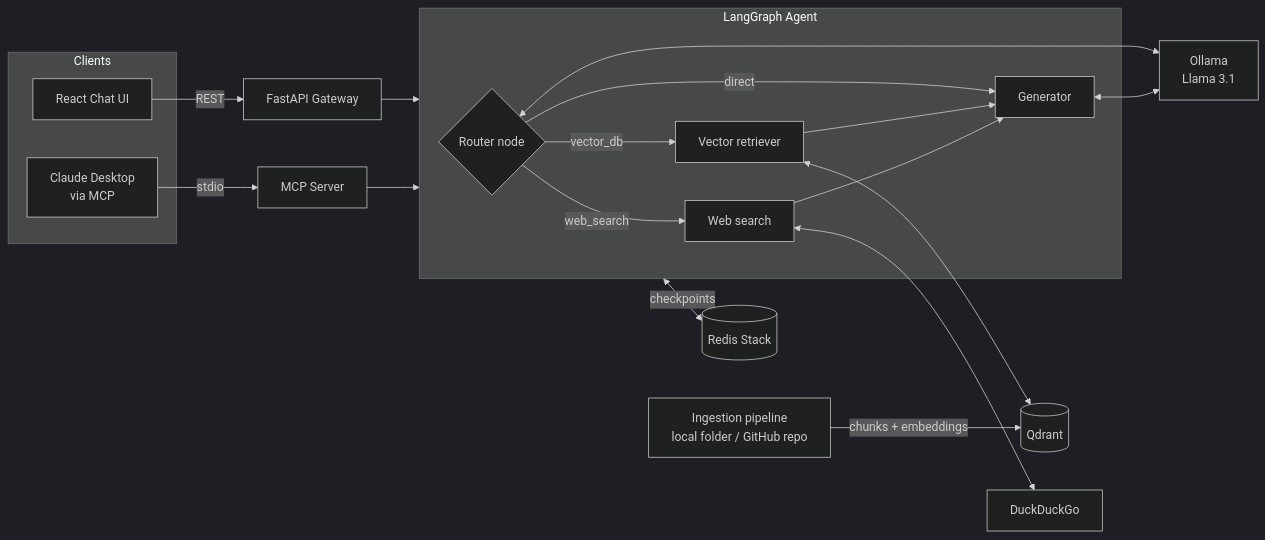
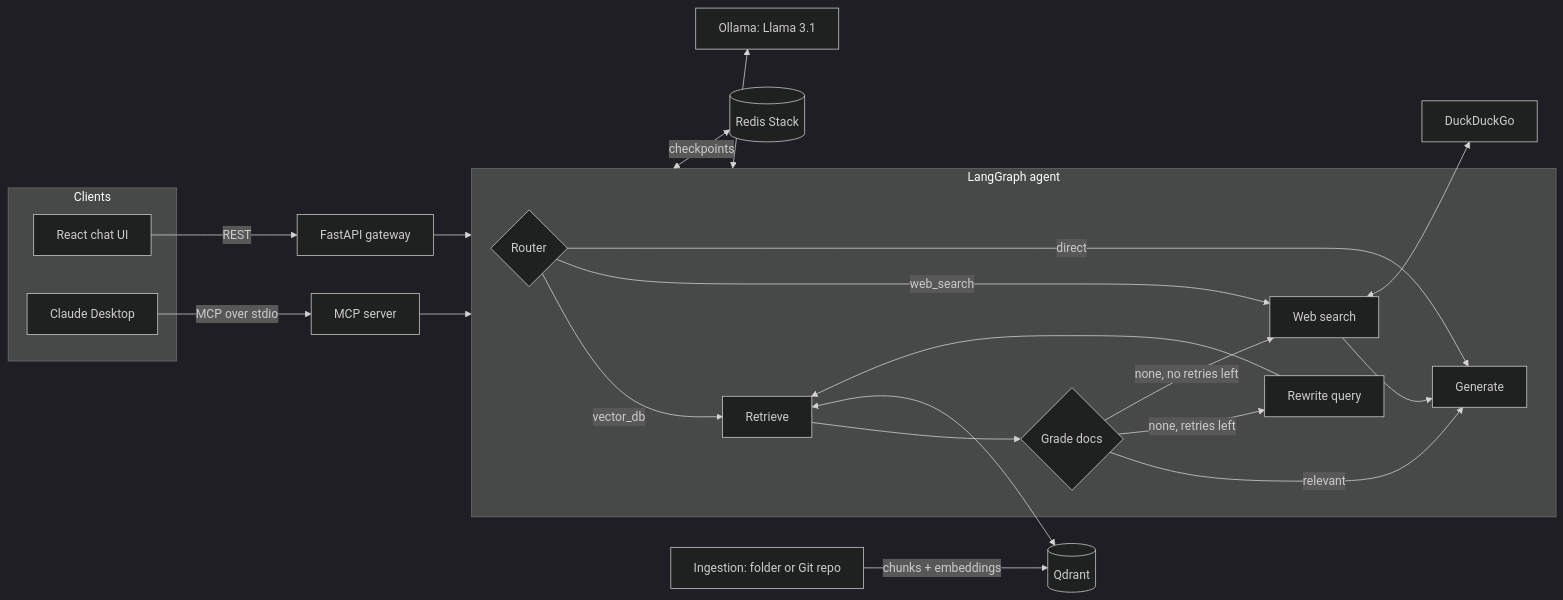
One commit to fahimtakin/context-engine changed the diagram in README.md. Above: the diagram before and after it, drawn with Mermaid (dark theme). The commit also changed other lines of this file and 1 other file, not shown here.

First line of the commit message:
Show sources in the chat UI and update README

````diff
--- a/README.md
+++ b/README.md
@@ -29,28 +28,30 @@
 ```mermaid
 flowchart LR
     subgraph Clients
-        UI[React Chat UI]
-        MCP[Claude Desktop<br/>via MCP]
+        UI[React chat UI]
+        CD[Claude Desktop]
     end
-
-    UI -->|REST| API[FastAPI Gateway]
-    MCP -->|stdio| MCPS[MCP Server]
-
+    UI -->|REST| API[FastAPI gateway]
+    CD -->|MCP over stdio| MCPS[MCP server]
     API --> G
     MCPS --> G
 
-    subgraph G[LangGraph Agent]
-        R{Router node} -->|vector_db| V[Vector retriever]
-        R -->|web_search| W[Web search]
-        R -->|direct| GEN[Generator]
-        V --> GEN
-        W --> GEN
+    subgraph G[LangGraph agent]
+        R{Router}
+        R -->|vector_db| RET[Retrieve]
+        RET --> GR{Grade docs}
+        GR -->|relevant| GEN[Generate]
+        GR -->|none, retries left| RW[Rewrite query]
+        RW --> RET
+        GR -->|none, no retries left| WEB[Web search]
+        R -->|web_search| WEB
+        R -->|direct| GEN
+        WEB --> GEN
     end
 
-    V <--> Q[(Qdrant)]
+    RET <--> Q[(Qdrant)]
     G <-->|checkpoints| RD[(Redis Stack)]
-    R & GEN <--> O[Ollama<br/>Llama 3.1]
-    W <--> DDG[DuckDuckGo]
-
-    ING[Ingestion pipeline<br/>local folder / GitHub repo] -->|chunks + embeddings| Q
+    G <--> O[Ollama: Llama 3.1]
+    WEB <--> DDG[DuckDuckGo]
+    ING[Ingestion: folder or Git repo] -->|chunks + embeddings| Q
 ```
````
